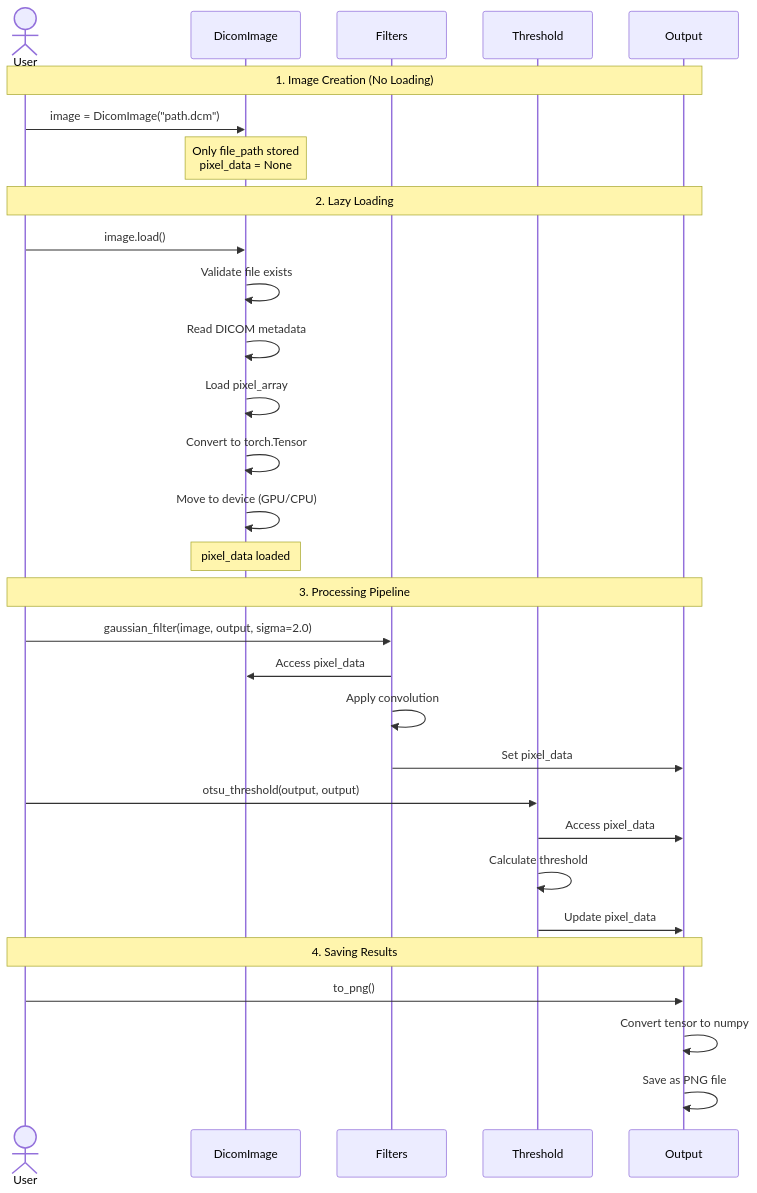
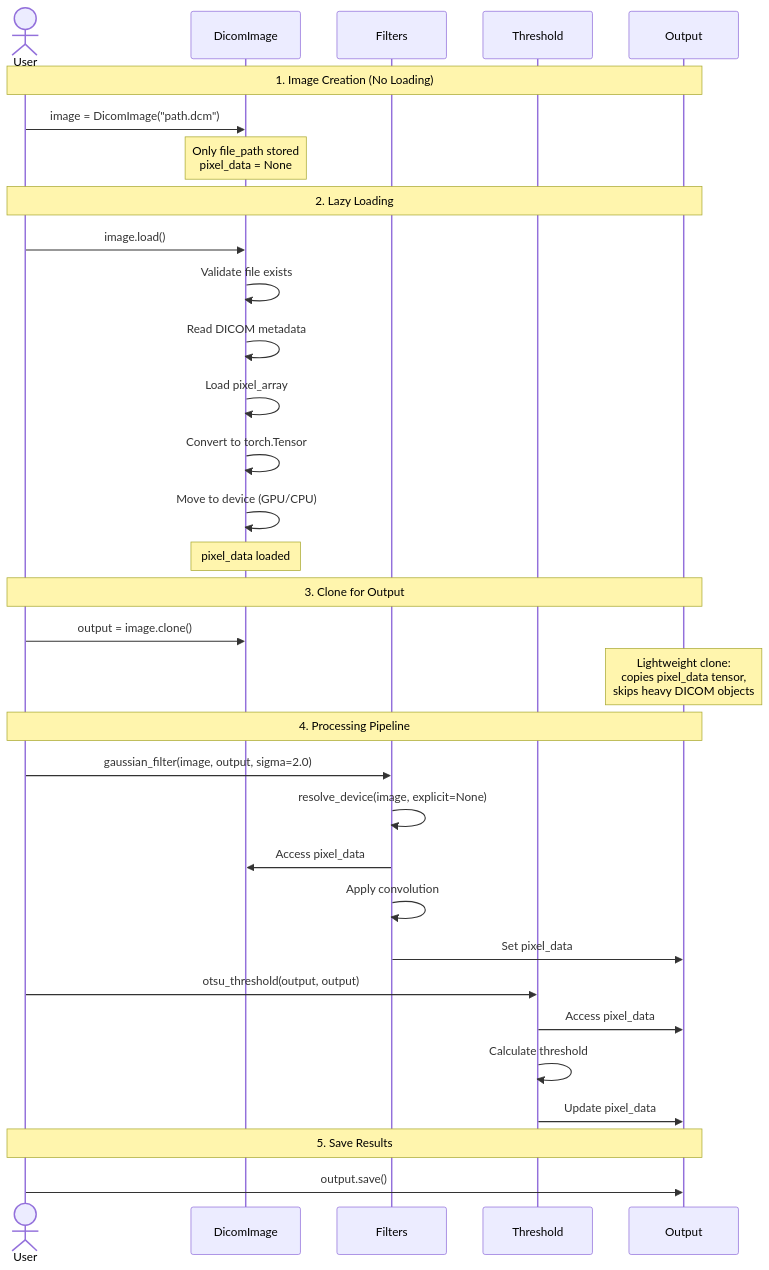
One commit to LATIS-medical-Imaging/medical-image-std changed the eighth of 12 diagrams in docs/architecture.md. Above: the diagram before and after it, drawn with Mermaid. The commit also changed other lines of this file and 9 other files, not shown here.

````diff
--- a/docs/architecture.md
+++ b/docs/architecture.md
@@ -312,37 +432,40 @@
 ```mermaid
 sequenceDiagram
     actor User
     participant DicomImage
     participant Filters
     participant Threshold
     participant Output
-    
+
     Note over User,Output: 1. Image Creation (No Loading)
     User->>DicomImage: image = DicomImage("path.dcm")
     Note over DicomImage: Only file_path stored<br/>pixel_data = None
-    
+
     Note over User,Output: 2. Lazy Loading
     User->>DicomImage: image.load()
     DicomImage->>DicomImage: Validate file exists
     DicomImage->>DicomImage: Read DICOM metadata
     DicomImage->>DicomImage: Load pixel_array
     DicomImage->>DicomImage: Convert to torch.Tensor
     DicomImage->>DicomImage: Move to device (GPU/CPU)
     Note over DicomImage: pixel_data loaded
-    
-    Note over User,Output: 3. Processing Pipeline
+
+    Note over User,Output: 3. Clone for Output
+    User->>DicomImage: output = image.clone()
+    Note over Output: Lightweight clone:<br/>copies pixel_data tensor,<br/>skips heavy DICOM objects
+
+    Note over User,Output: 4. Processing Pipeline
     User->>Filters: gaussian_filter(image, output, sigma=2.0)
+    Filters->>Filters: resolve_device(image, explicit=None)
     Filters->>DicomImage: Access pixel_data
     Filters->>Filters: Apply convolution
     Filters->>Output: Set pixel_data
-    
+
     User->>Threshold: otsu_threshold(output, output)
     Threshold->>Output: Access pixel_data
     Threshold->>Threshold: Calculate threshold
     Threshold->>Output: Update pixel_data
-    
-    Note over User,Output: 4. Saving Results
-    User->>Output: to_png()
-    Output->>Output: Convert tensor to numpy
-    Output->>Output: Save as PNG file
+
+    Note over User,Output: 5. Save Results
+    User->>Output: output.save()
 ```
````
